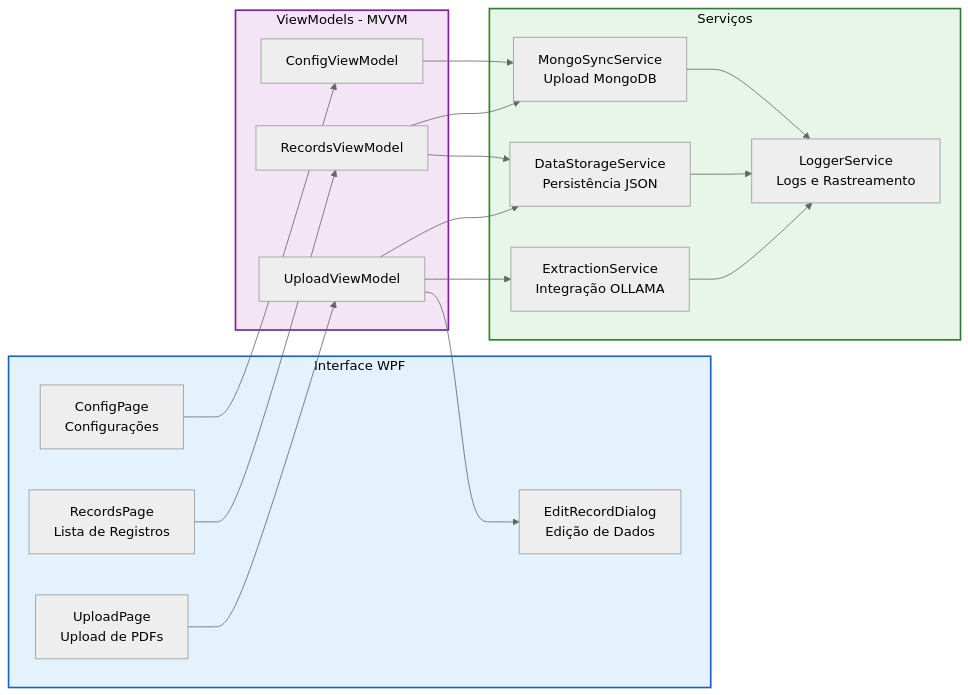
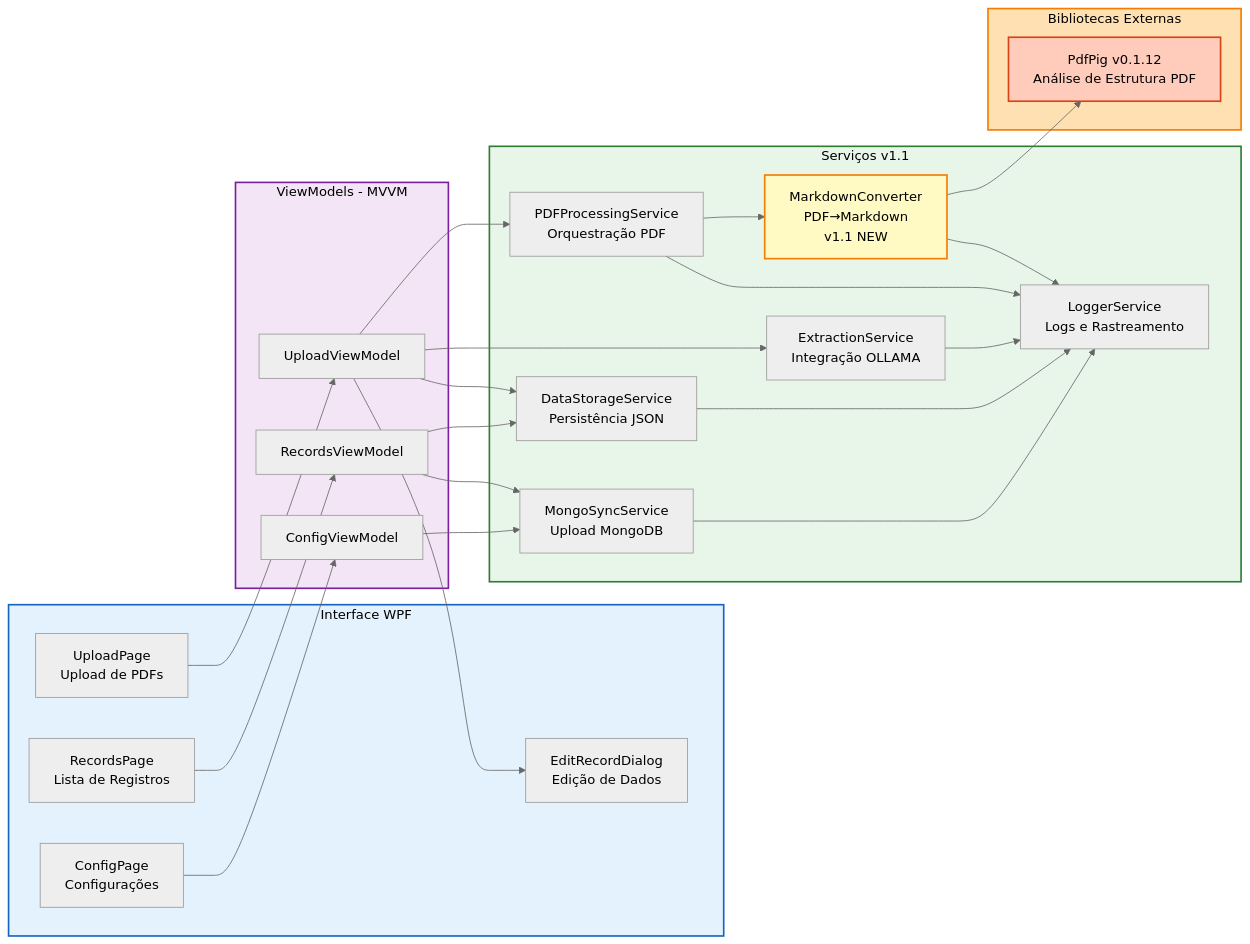
The third of 4 diagrams in Arquitetrura.md (edalcin/etnopapers), drawn with Mermaid (neutral theme) before and after one commit. The commit also changed other lines of this file, not shown here.

````diff
--- a/Arquitetrura.md
+++ b/Arquitetrura.md
@@ -66,41 +70,55 @@
 ```mermaid
 graph LR
     subgraph UI["Interface WPF"]
         UploadPage[UploadPage<br/>Upload de PDFs]
         RecordsPage[RecordsPage<br/>Lista de Registros]
         ConfigPage[ConfigPage<br/>Configurações]
         EditDialog[EditRecordDialog<br/>Edição de Dados]
     end
 
     subgraph ViewModels["ViewModels - MVVM"]
         UVM[UploadViewModel]
         RVM[RecordsViewModel]
         CVM[ConfigViewModel]
     end
 
-    subgraph Services["Serviços"]
+    subgraph Services["Serviços v1.1"]
+        MC[MarkdownConverter<br/>PDF→Markdown<br/>v1.1 NEW]
+        PDFS[PDFProcessingService<br/>Orquestração PDF]
         ES[ExtractionService<br/>Integração OLLAMA]
         DSS[DataStorageService<br/>Persistência JSON]
         MSS[MongoSyncService<br/>Upload MongoDB]
         LS[LoggerService<br/>Logs e Rastreamento]
+    end
+
+    subgraph Libraries["Bibliotecas Externas"]
+        PdfPig[PdfPig v0.1.12<br/>Análise de Estrutura PDF]
     end
 
     UploadPage --> UVM
     RecordsPage --> RVM
     ConfigPage --> CVM
     UVM --> EditDialog
 
+    UVM --> PDFS
+    PDFS --> MC
+    MC --> PdfPig
     UVM --> ES
     UVM --> DSS
     RVM --> DSS
     RVM --> MSS
     CVM --> MSS
 
+    MC --> LS
+    PDFS --> LS
     ES --> LS
     DSS --> LS
     MSS --> LS
 
     style UI fill:#e3f2fd,stroke:#1565c0,stroke-width:2px,color:black
     style ViewModels fill:#f3e5f5,stroke:#7b1fa2,stroke-width:2px,color:black
     style Services fill:#e8f5e9,stroke:#2e7d32,stroke-width:2px,color:black
+    style Libraries fill:#ffe0b2,stroke:#f57c00,stroke-width:2px,color:black
+    style MC fill:#fff9c4,stroke:#f57c00,stroke-width:2px,color:black
+    style PdfPig fill:#ffccbc,stroke:#d84315,stroke-width:2px,color:black
 ```
````
